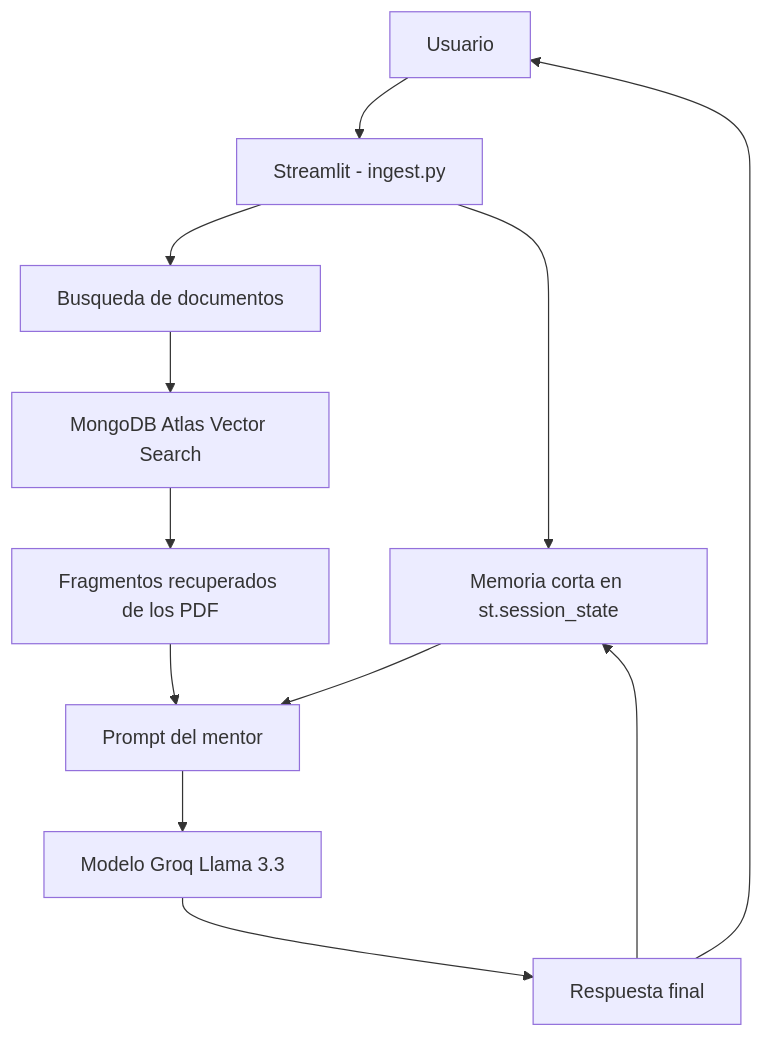
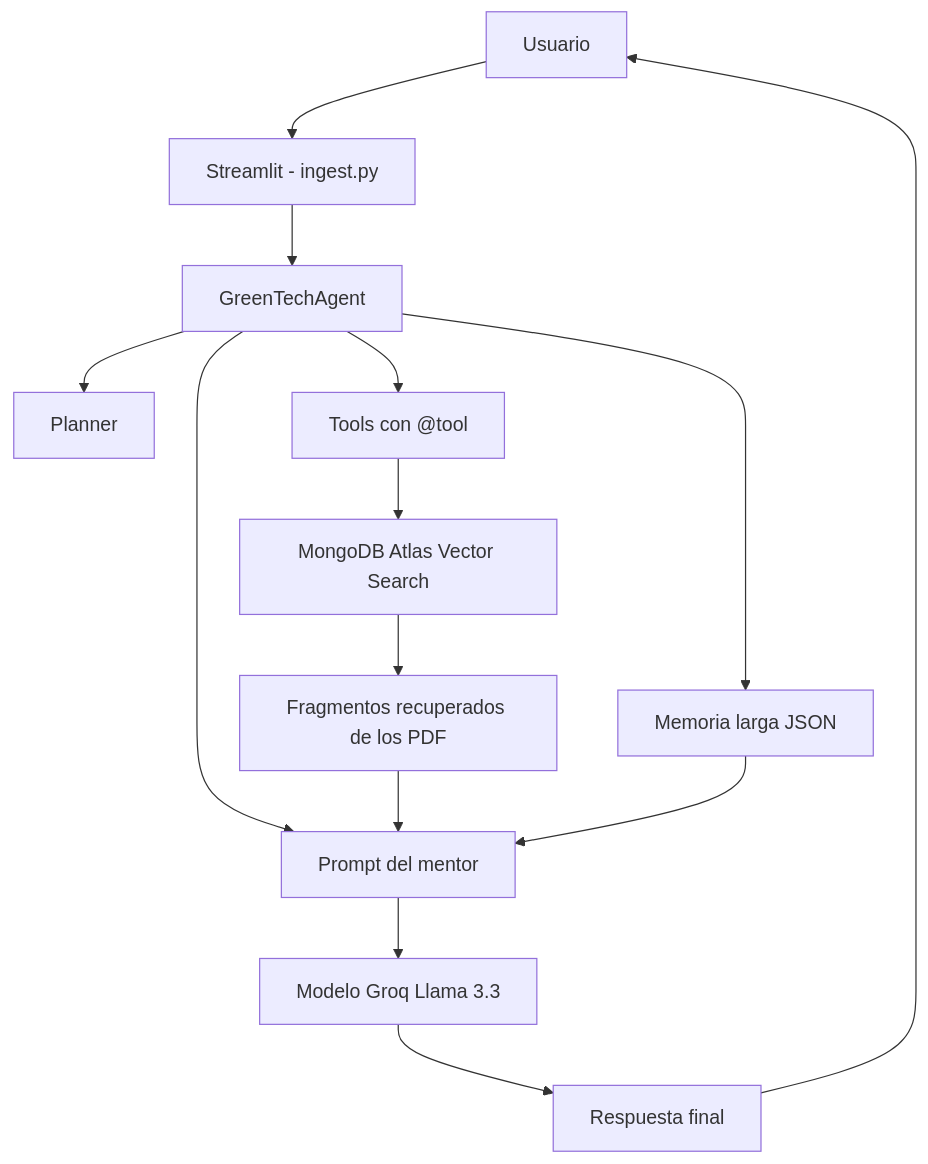
The diagram in README.md (GKapppa/GreenTech_Project), drawn with Mermaid before and after one commit. The commit also changed other lines of this file and 8 other files, not shown here.

Commit message:
Agregamos cambios al Readme y nueva carpeta bajo nombre src con planner, tools, agent.py

````diff
--- a/README.md
+++ b/README.md
@@ -39,14 +45,16 @@
 ```mermaid
 flowchart TD
     A[Usuario] --> B[Streamlit - ingest.py]
-    B --> C[Memoria corta en st.session_state]
-    B --> D[Busqueda de documentos]
-    D --> E[MongoDB Atlas Vector Search]
-    E --> F[Fragmentos recuperados de los PDF]
-    F --> G[Prompt del mentor]
-    C --> G
-    G --> H[Modelo Groq Llama 3.3]
-    H --> I[Respuesta final]
-    I --> C
-    I --> A
+    B --> C[GreenTechAgent]
+    C --> D[Planner]
+    C --> E[Tools con @tool]
+    C --> F[Memoria larga JSON]
+    E --> G[MongoDB Atlas Vector Search]
+    G --> H[Fragmentos recuperados de los PDF]
+    C --> I[Prompt del mentor]
+    H --> I
+    F --> I
+    I --> J[Modelo Groq Llama 3.3]
+    J --> K[Respuesta final]
+    K --> A
 ```
````
